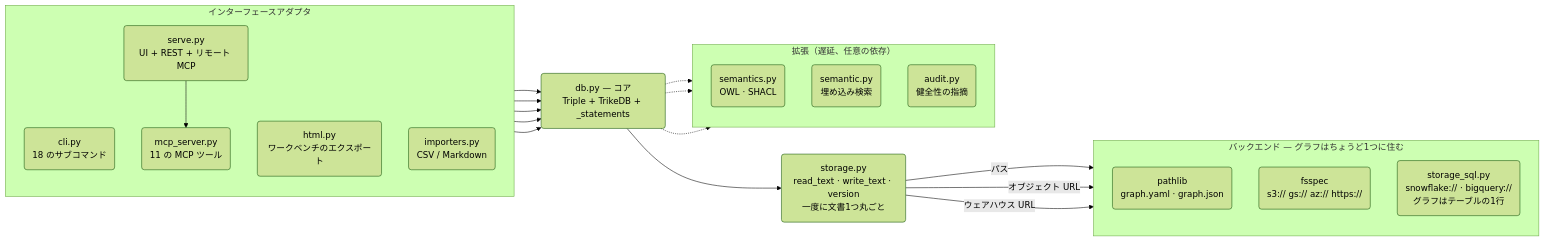
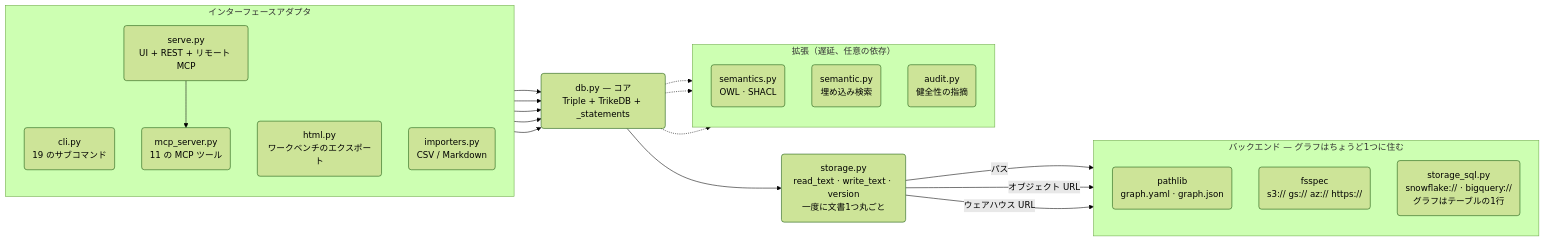
The third of 3 diagrams in docs/ARCHITECTURE_jp.md (RyutoYoda/trikedb), drawn with Mermaid (forest theme) before and after one commit. The commit also changed other lines of this file and 7 other files, not shown here.

````diff
--- a/docs/ARCHITECTURE_jp.md
+++ b/docs/ARCHITECTURE_jp.md
@@ -310,43 +309,43 @@
 ```mermaid
 flowchart LR
     subgraph adapters["インターフェースアダプタ"]
         direction TB
-        CLI("cli.py<br/>18 のサブコマンド")
+        CLI("cli.py<br/>19 のサブコマンド")
         MCP("mcp_server.py<br/>11 の MCP ツール")
         SERVE("serve.py<br/>UI + REST + リモート MCP")
         HTML("html.py<br/>ワークベンチのエクスポート")
         IMP("importers.py<br/>CSV / Markdown")
     end
 
     CORE("db.py — コア<br/>Triple + TrikeDB + _statements")
 
     subgraph ext["拡張（遅延、任意の依存）"]
         direction TB
         SEM("semantics.py<br/>OWL · SHACL")
         EMB("semantic.py<br/>埋め込み検索")
         AUD("audit.py<br/>健全性の指摘")
     end
 
     STORE("storage.py<br/>read_text · write_text · version<br/>一度に文書1つ丸ごと")
 
     subgraph backends["バックエンド — グラフはちょうど1つに住む"]
         direction TB
         LOCAL("pathlib<br/>graph.yaml · graph.json")
         FS("fsspec<br/>s3:// gs:// az:// https://")
         SQL("storage_sql.py<br/>snowflake:// · bigquery://<br/>グラフはテーブルの1行")
     end
 
     SERVE --> MCP
     CLI --> CORE
     MCP --> CORE
     SERVE --> CORE
     HTML --> CORE
     IMP --> CORE
     CORE --> STORE
     STORE -->|"パス"| LOCAL
     STORE -->|"オブジェクト URL"| FS
     STORE -->|"ウェアハウス URL"| SQL
     CORE -.-> SEM
     CORE -.-> EMB
     CORE -.-> AUD
 ```
````
